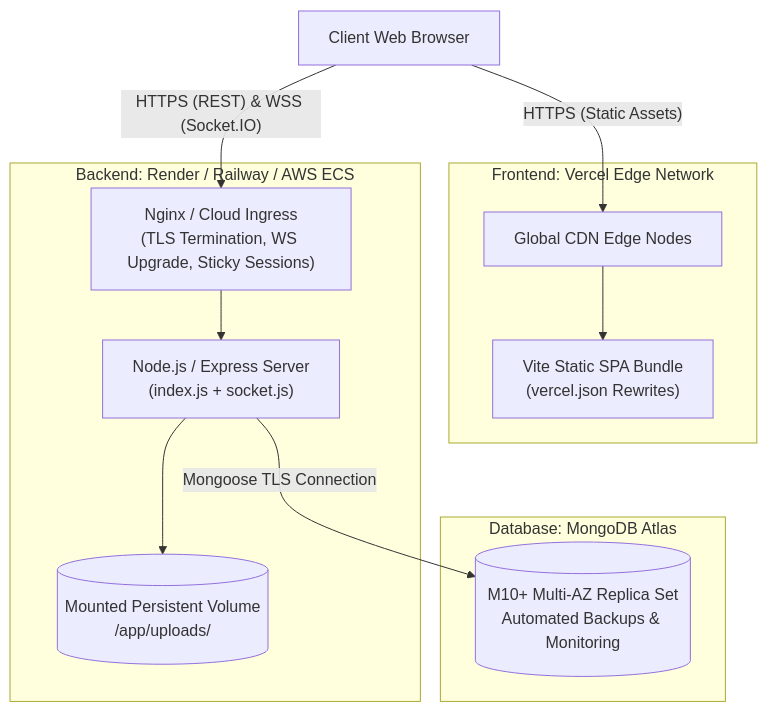
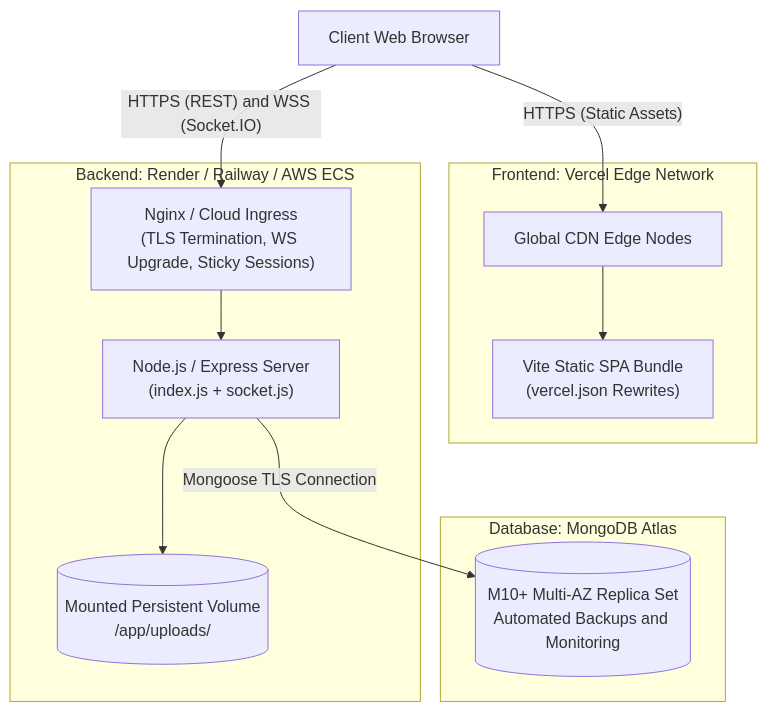
The diagram in docs/6-environment-deploy.md (rishab2211/ChatX), drawn with Mermaid before and after one commit. The commit also changed other lines of this file and 5 other files, not shown here.

Commit message:
docs: update technical documentation across architecture, decisions, schemas, and API specs

````diff
--- a/docs/6-environment-deploy.md
+++ b/docs/6-environment-deploy.md
@@ -109,26 +109,26 @@
 ```mermaid
 graph TD
     ClientBrowser["Client Web Browser"]
     
     subgraph Vercel ["Frontend: Vercel Edge Network"]
         VercelEdge["Global CDN Edge Nodes"]
         SPA["Vite Static SPA Bundle<br/>(vercel.json Rewrites)"]
     end
 
     subgraph CloudHosting ["Backend: Render / Railway / AWS ECS"]
         NginxProxy["Nginx / Cloud Ingress<br/>(TLS Termination, WS Upgrade, Sticky Sessions)"]
         NodeCluster["Node.js / Express Server<br/>(index.js + socket.js)"]
         LocalVol[("Mounted Persistent Volume<br/>/app/uploads/")]
     end
 
     subgraph Atlas ["Database: MongoDB Atlas"]
-        MongoCluster[("M10+ Multi-AZ Replica Set<br/>Automated Backups & Monitoring")]
+        MongoCluster[("M10+ Multi-AZ Replica Set<br/>Automated Backups and Monitoring")]
     end
 
     ClientBrowser -->|"HTTPS (Static Assets)"| VercelEdge
     VercelEdge --> SPA
-    ClientBrowser -->|"HTTPS (REST) & WSS (Socket.IO)"| NginxProxy
+    ClientBrowser -->|"HTTPS (REST) and WSS (Socket.IO)"| NginxProxy
     NginxProxy --> NodeCluster
     NodeCluster --> LocalVol
     NodeCluster -->|"Mongoose TLS Connection"| MongoCluster
 ```
````
